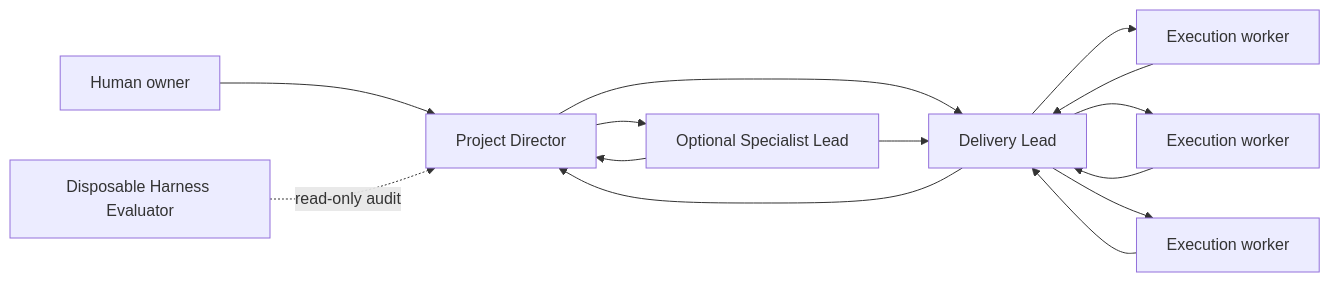
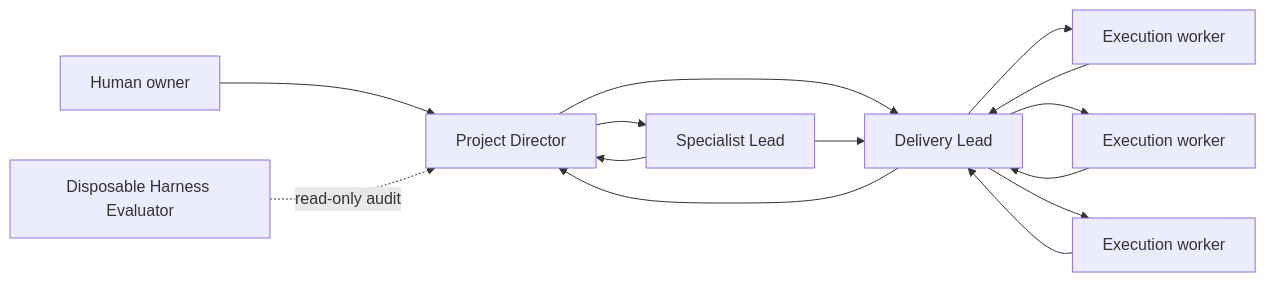
The diagram in README.md (FabienGreard/agentic-project-harness), drawn with Mermaid before and after one commit. The commit also changed other lines of this file and 18 other files, not shown here.

````diff
--- a/README.md
+++ b/README.md
@@ -25,16 +25,16 @@
 ```mermaid
 flowchart LR
     H["Human owner"] --> D["Project Director"]
     D --> L["Delivery Lead"]
-    D --> S["Optional Specialist Lead"]
+    D --> S["Specialist Lead"]
     S --> L
     L --> W1["Execution worker"]
     L --> W2["Execution worker"]
     L --> W3["Execution worker"]
     W1 --> L
     W2 --> L
     W3 --> L
     L --> D
     S --> D
     E["Disposable Harness Evaluator"] -. read-only audit .-> D
 ```
````
